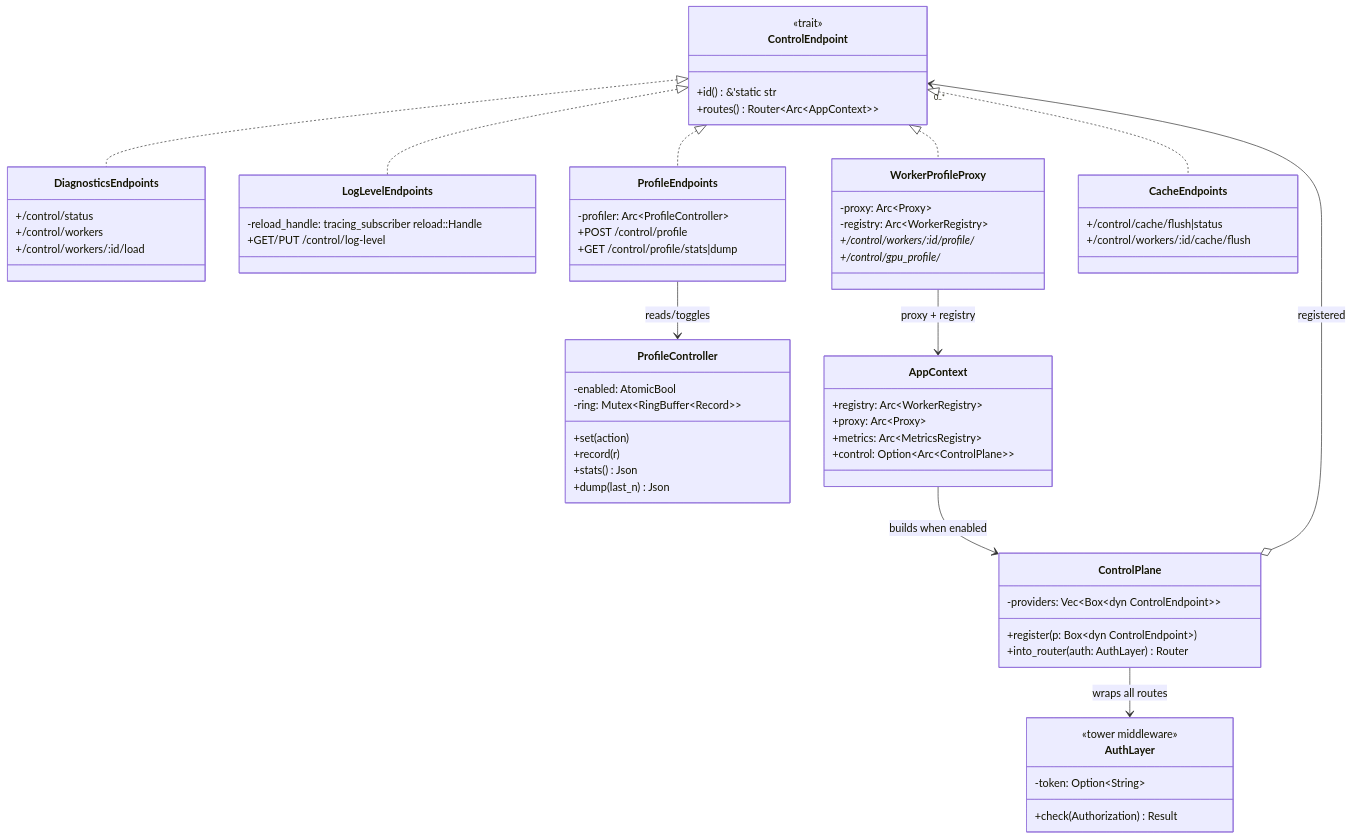
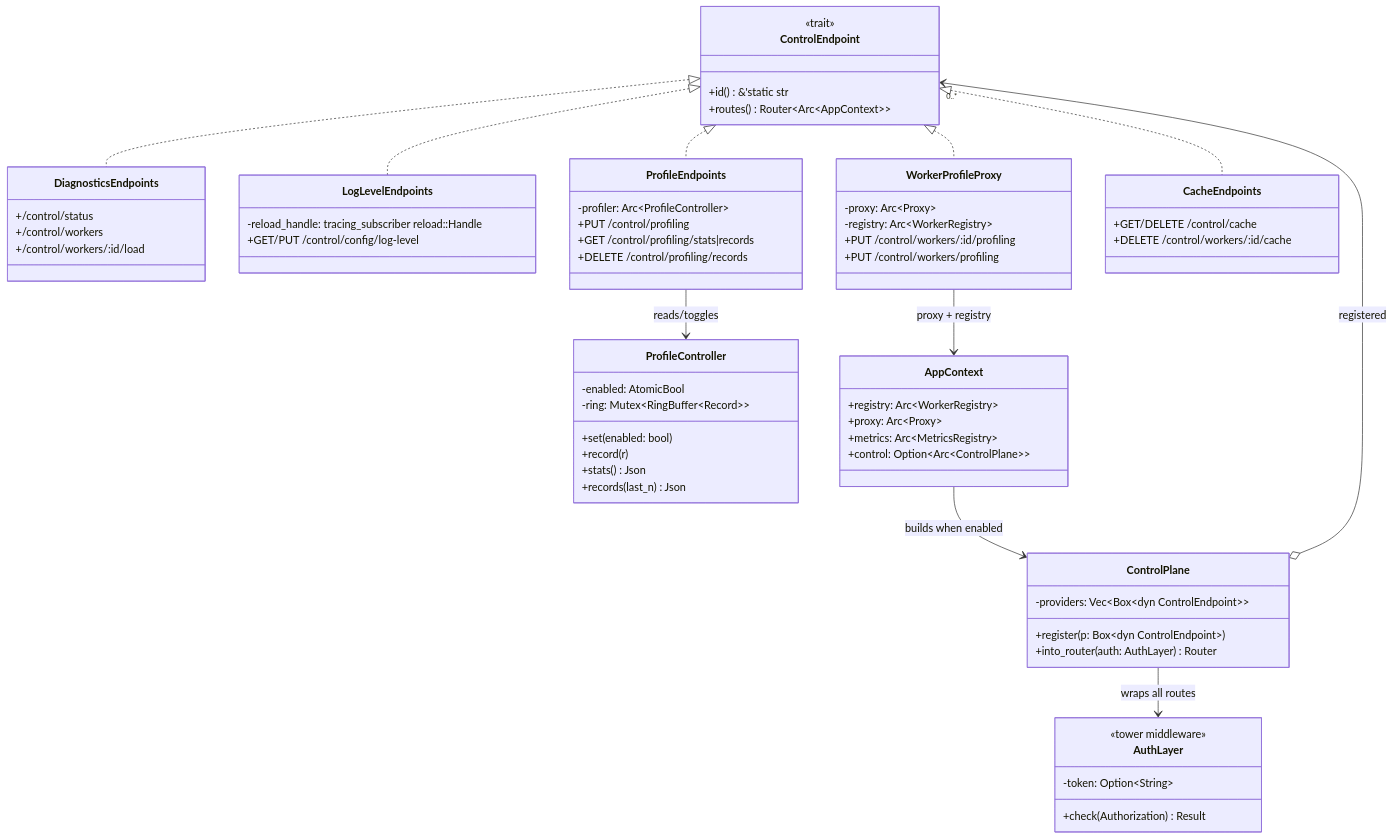
The first of 5 diagrams in experimental/sgl-router/docs/control_api_design.md (ZhaiFeiyue/sglang), drawn with Mermaid before and after one commit. The commit also changed other lines of this file, not shown here.

First line of the commit message:
docs(sgl-router): make control API RESTful (resource-oriented)

````diff
--- a/experimental/sgl-router/docs/control_api_design.md
+++ b/experimental/sgl-router/docs/control_api_design.md
@@ -103,72 +139,73 @@
 ```mermaid
 classDiagram
     class ControlEndpoint {
         <<trait>>
         +id() &'static str
         +routes() Router~Arc~AppContext~~
     }
 
     class ControlPlane {
         -providers: Vec~Box~dyn ControlEndpoint~~
         +register(p: Box~dyn ControlEndpoint~)
         +into_router(auth: AuthLayer) Router
     }
 
     class AuthLayer {
         <<tower middleware>>
         -token: Option~String~
         +check(Authorization) Result
     }
 
     class DiagnosticsEndpoints {
         +/control/status
         +/control/workers
         +/control/workers/:id/load
     }
     class LogLevelEndpoints {
         -reload_handle: tracing_subscriber reload::Handle
-        +GET/PUT /control/log-level
+        +GET/PUT /control/config/log-level
     }
     class ProfileEndpoints {
         -profiler: Arc~ProfileController~
-        +POST /control/profile
-        +GET /control/profile/stats|dump
+        +PUT /control/profiling
+        +GET /control/profiling/stats|records
+        +DELETE /control/profiling/records
     }
     class WorkerProfileProxy {
         -proxy: Arc~Proxy~
         -registry: Arc~WorkerRegistry~
-        +/control/workers/:id/profile/*
-        +/control/gpu_profile/*
+        +PUT /control/workers/:id/profiling
+        +PUT /control/workers/profiling
     }
     class CacheEndpoints {
-        +/control/cache/flush|status
-        +/control/workers/:id/cache/flush
+        +GET/DELETE /control/cache
+        +DELETE /control/workers/:id/cache
     }
 
     class ProfileController {
         -enabled: AtomicBool
         -ring: Mutex~RingBuffer~Record~~
-        +set(action)
+        +set(enabled: bool)
         +record(r)
         +stats() Json
-        +dump(last_n) Json
+        +records(last_n) Json
     }
 
     class AppContext {
         +registry: Arc~WorkerRegistry~
         +proxy: Arc~Proxy~
         +metrics: Arc~MetricsRegistry~
         +control: Option~Arc~ControlPlane~~
     }
 
     ControlEndpoint <|.. DiagnosticsEndpoints
     ControlEndpoint <|.. LogLevelEndpoints
     ControlEndpoint <|.. ProfileEndpoints
     ControlEndpoint <|.. WorkerProfileProxy
     ControlEndpoint <|.. CacheEndpoints
     ControlPlane o--> "0..*" ControlEndpoint : registered
     ProfileEndpoints --> ProfileController : reads/toggles
     WorkerProfileProxy --> AppContext : proxy + registry
     AppContext --> ControlPlane : builds when enabled
     ControlPlane --> AuthLayer : wraps all routes
 ```
````
